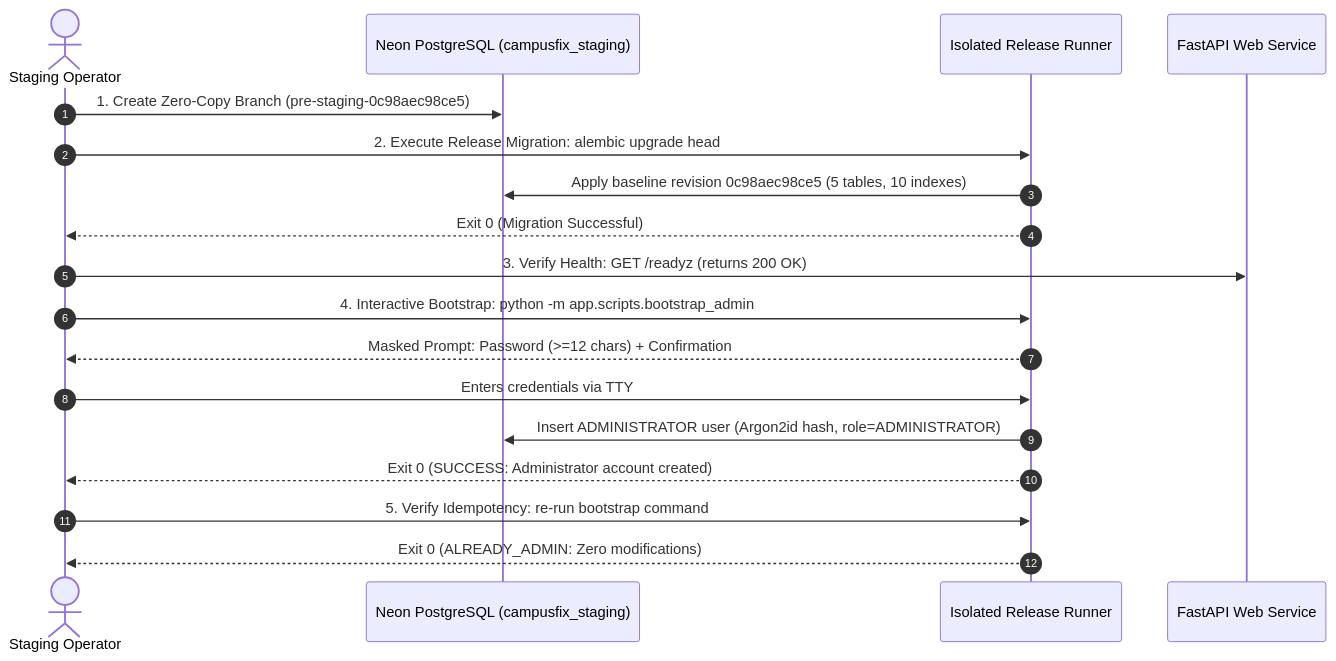
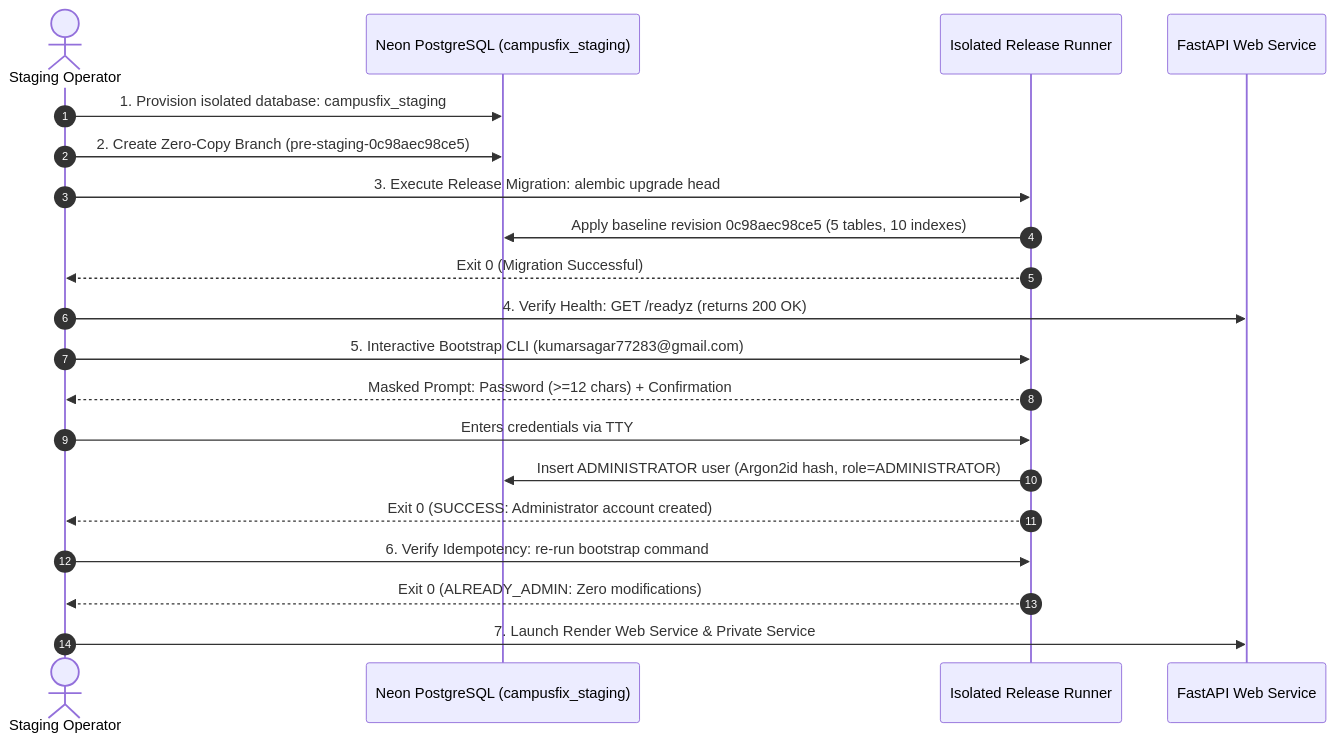
The fourth of 4 diagrams in docs/PROJECT_STATUS.md (SagarKumar-git/CampusFix), drawn with Mermaid before and after one commit. The commit also changed other lines of this file and 9 other files, not shown here.

Commit message:
feat(deploy): implement unified container architecture and staging cookie security

````diff
--- a/docs/PROJECT_STATUS.md
+++ b/docs/PROJECT_STATUS.md
@@ -1204,21 +1261,23 @@
 ```mermaid
 sequenceDiagram
     autonumber
     actor DevOps as Staging Operator
     participant CloudDB as Neon PostgreSQL (campusfix_staging)
     participant Task as Isolated Release Runner
     participant Web as FastAPI Web Service
 
-    DevOps->>CloudDB: 1. Create Zero-Copy Branch (pre-staging-0c98aec98ce5)
-    DevOps->>Task: 2. Execute Release Migration: alembic upgrade head
+    DevOps->>CloudDB: 1. Provision isolated database: campusfix_staging
+    DevOps->>CloudDB: 2. Create Zero-Copy Branch (pre-staging-0c98aec98ce5)
+    DevOps->>Task: 3. Execute Release Migration: alembic upgrade head
     Task->>CloudDB: Apply baseline revision 0c98aec98ce5 (5 tables, 10 indexes)
     Task-->>DevOps: Exit 0 (Migration Successful)
-    DevOps->>Web: 3. Verify Health: GET /readyz (returns 200 OK)
-    DevOps->>Task: 4. Interactive Bootstrap: python -m app.scripts.bootstrap_admin
+    DevOps->>Web: 4. Verify Health: GET /readyz (returns 200 OK)
+    DevOps->>Task: 5. Interactive Bootstrap CLI (kumarsagar77283@gmail.com)
     Task-->>DevOps: Masked Prompt: Password (>=12 chars) + Confirmation
     DevOps->>Task: Enters credentials via TTY
     Task->>CloudDB: Insert ADMINISTRATOR user (Argon2id hash, role=ADMINISTRATOR)
     Task-->>DevOps: Exit 0 (SUCCESS: Administrator account created)
-    DevOps->>Task: 5. Verify Idempotency: re-run bootstrap command
+    DevOps->>Task: 6. Verify Idempotency: re-run bootstrap command
     Task-->>DevOps: Exit 0 (ALREADY_ADMIN: Zero modifications)
+    DevOps->>Web: 7. Launch Render Web Service & Private Service
 ```
````
